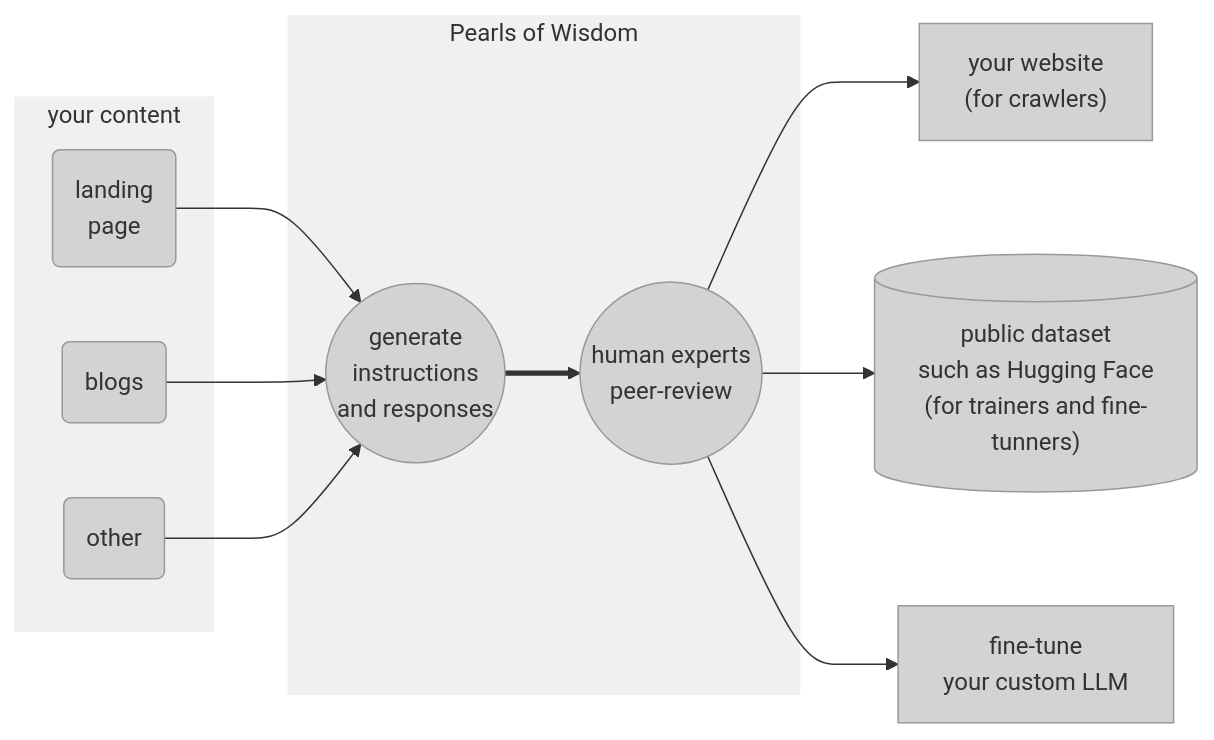
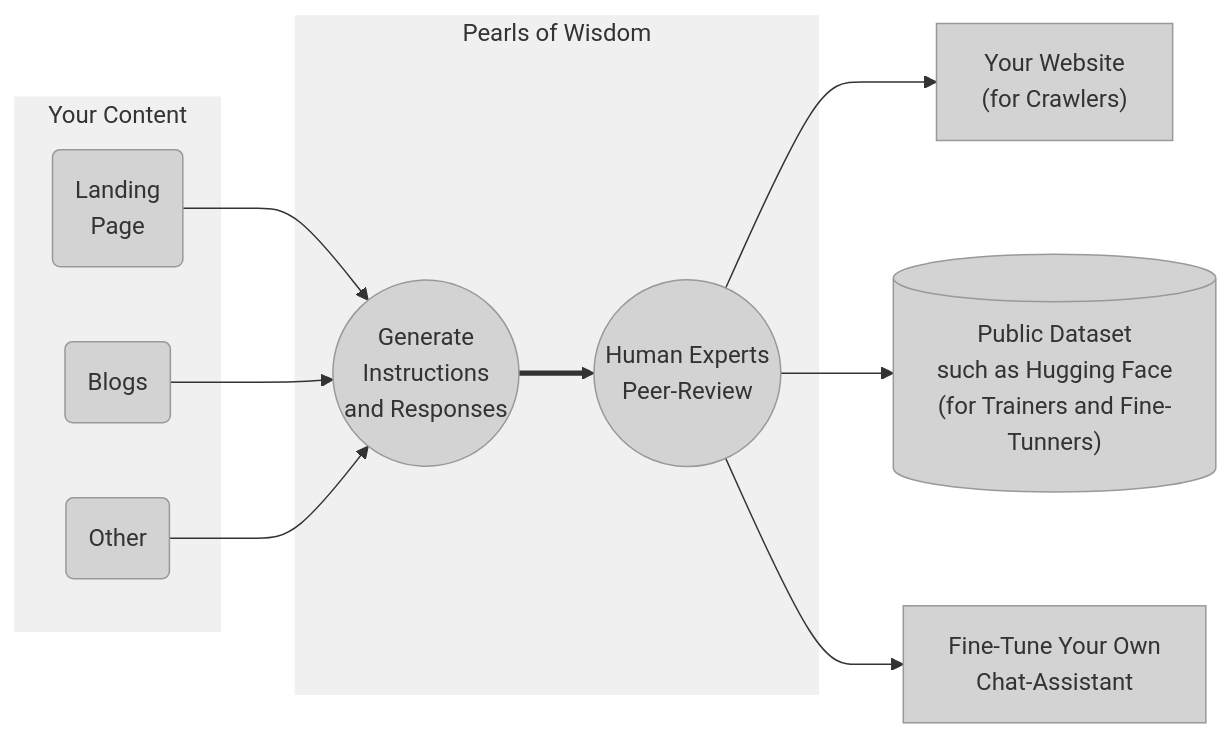
Before and after one commit to kirilligum/prls.co: the diagram in diagrams/userflow.mmd, drawn with Mermaid. The commit also changed 3 other files, not shown here.

Commit message:
Updated user flow diagram labels and removed vite-js project files.

```diff
--- a/diagrams/userflow.mmd
+++ b/diagrams/userflow.mmd
@@ -1,30 +1,30 @@
 graph LR
   style yc fill:#f0f0f0,stroke:#f0f0f0
   style pow fill:#f0f0f0,stroke:#f0f0f0
   style lp fill:#d3d3d3,stroke:#999
   style b fill:#d3d3d3,stroke:#999
   style other fill:#d3d3d3,stroke:#999
   style g fill:#d3d3d3,stroke:#999
   style h fill:#d3d3d3,stroke:#999
   style page fill:#d3d3d3,stroke:#999
   style pubhf fill:#d3d3d3,stroke:#999
   style cllm fill:#d3d3d3,stroke:#999
-subgraph yc[your content]
-  lp("landing<br/>page")
-  b(blogs)
-  other(other)
+subgraph yc[Your Content]
+  lp("Landing<br/>Page")
+  b(Blogs)
+  other(Other)
 end
 subgraph pow[Pearls of Wisdom]
-  g(("generate<br/>instructions<br/>and responses"))
-  h(("human experts<br/>peer-review"))
+  g(("Generate<br/>Instructions<br/>and Responses"))
+  h(("Human Experts<br/>Peer-Review"))
 end
-page["your website<br/>(for crawlers)"]
-pubhf[("public dataset<br/>such as Hugging Face<br/>(for trainers and fine-tunners)")]
-cllm["fine-tune<br/>your custom LLM"]
+page["Your Website<br/>(for Crawlers)"]
+pubhf[("Public Dataset<br/>such as Hugging Face<br/>(for Trainers and Fine-Tunners)")]
+cllm["Fine-Tune Your Own<br/>Chat-Assistant"]
 lp-->g
 b-->g
 other-->g
 g==>h
 h-->page
 h-->pubhf
 h-->cllm
```
